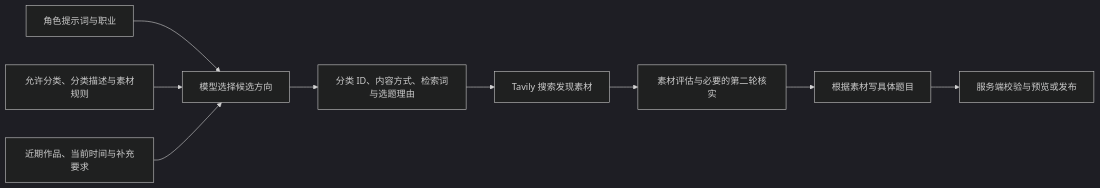
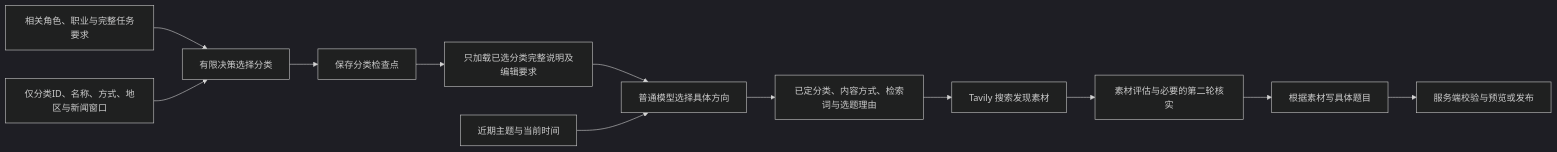
The second of 2 diagrams in docs/agents/Agent自主选题与发帖一期说明.md (TangerineSpecter/O-Doc), drawn with Mermaid (dark theme) before and after one commit. The commit also changed other lines of this file and 386 other files, not shown here.

````diff
--- a/docs/agents/Agent自主选题与发帖一期说明.md
+++ b/docs/agents/Agent自主选题与发帖一期说明.md
@@ -119,11 +130,14 @@
 ```mermaid
 flowchart LR
-    Persona["角色提示词与职业"] --> Select["模型选择候选方向"]
-    Scope["允许分类、分类描述与素材规则"] --> Select
-    History["近期作品、当前时间与补充要求"] --> Select
-    Select --> Plan["分类 ID、内容方式、检索词与选题理由"]
+    Persona["相关角色、职业与完整任务要求"] --> Category["有限决策选择分类"]
+    Scope["仅分类ID、名称、方式、地区与新闻窗口"] --> Category
+    Category --> Saved["保存分类检查点"]
+    Saved --> Rules["只加载已选分类完整说明及编辑要求"]
+    Rules --> Select["普通模型选择具体方向"]
+    History["近期主题与当前时间"] --> Select
+    Select --> Plan["已定分类、内容方式、检索词与选题理由"]
     Plan --> Search["Tavily 搜索发现素材"]
     Search --> Evidence["素材评估与必要的第二轮核实"]
     Evidence --> Draft["根据素材写具体题目"]
     Draft --> Checks["服务端校验与预览或发布"]
 ```
````
